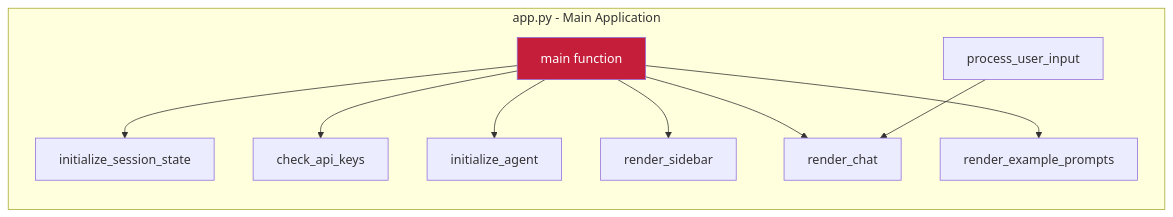
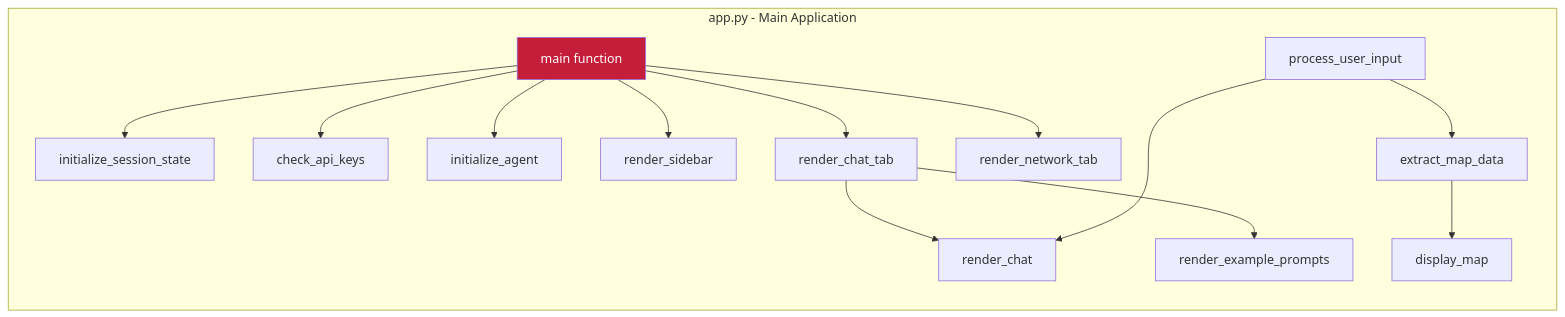
Before and after one commit to riko-py-mk/japan_sake_guide_app: the second of 14 diagrams in SYSTEM_DIAGRAM.md, drawn with Mermaid. The commit also changed other lines of this file and 1 other file, not shown here.

First line of the commit message:
docs: update README and SYSTEM_DIAGRAM for Sake Network Graph feature

````diff
--- a/SYSTEM_DIAGRAM.md
+++ b/SYSTEM_DIAGRAM.md
@@ -88,23 +89,31 @@
 ```mermaid
 graph LR
     subgraph "app.py - Main Application"
         MAIN[main function]
         INIT[initialize_session_state]
         CHECK[check_api_keys]
         AGENT_INIT[initialize_agent]
         SIDEBAR[render_sidebar]
+        TAB_CHAT[render_chat_tab]
+        TAB_NET[render_network_tab]
         CHAT[render_chat]
         PROCESS[process_user_input]
         EXAMPLES[render_example_prompts]
+        EXTRACT[extract_map_data]
+        DISPLAY_MAP[display_map]
     end
 
     MAIN --> INIT
     MAIN --> CHECK
     MAIN --> AGENT_INIT
     MAIN --> SIDEBAR
-    MAIN --> CHAT
-    MAIN --> EXAMPLES
+    MAIN --> TAB_CHAT
+    MAIN --> TAB_NET
+    TAB_CHAT --> CHAT
+    TAB_CHAT --> EXAMPLES
     PROCESS --> CHAT
+    PROCESS --> EXTRACT
+    EXTRACT --> DISPLAY_MAP
 
     style MAIN fill:#c41e3a,color:#fff
 ```
````
